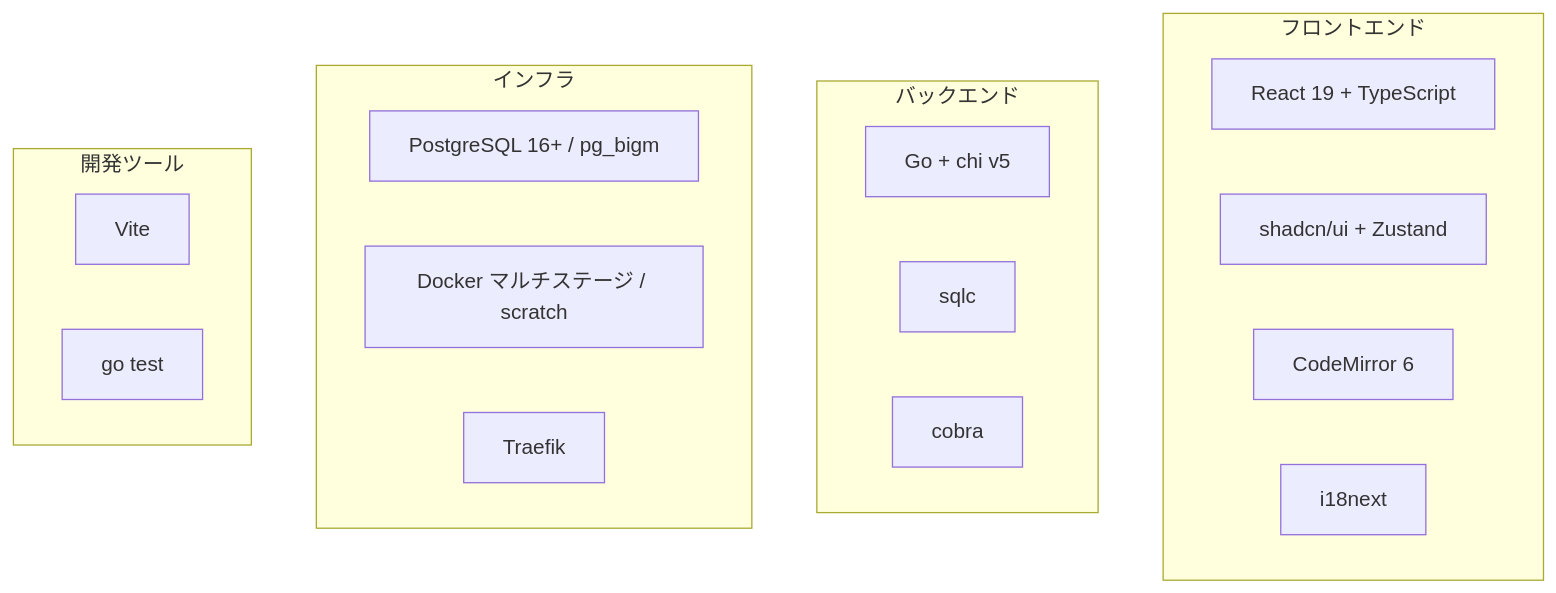
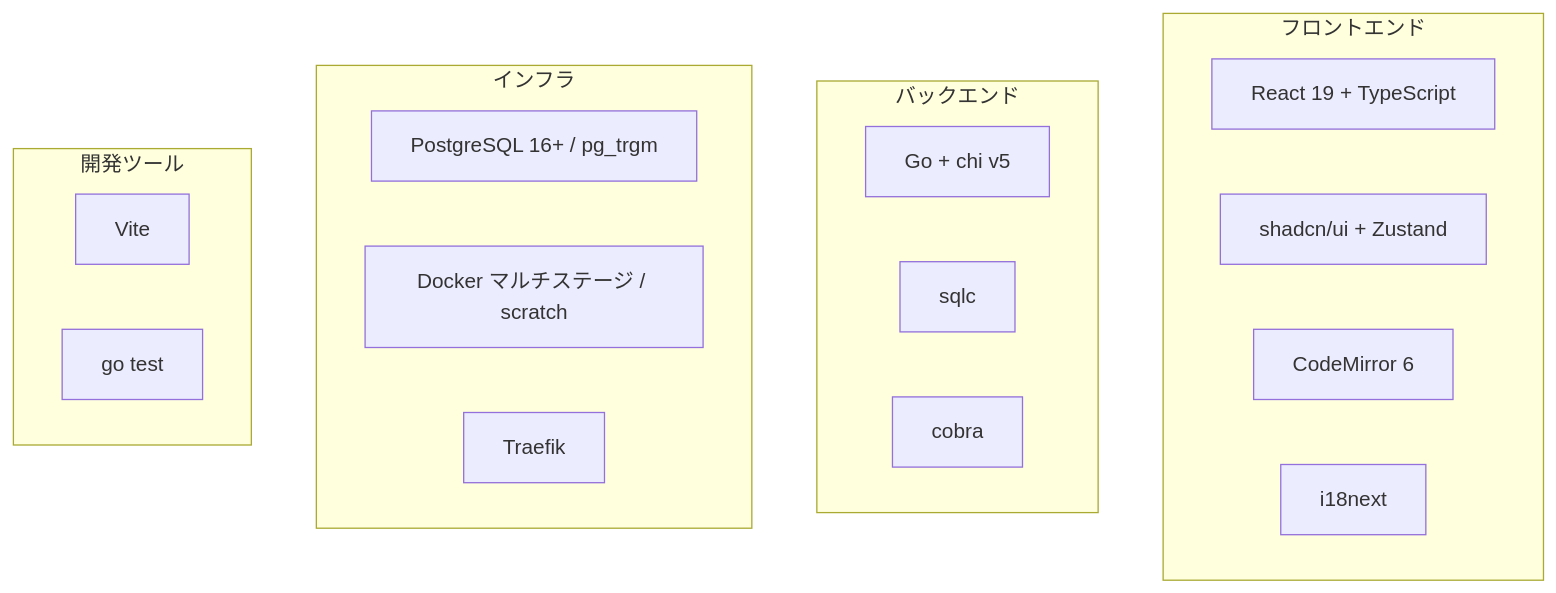
One commit to krtw00/konbu changed the diagram in docs/02-architecture/tech-stack.md. Above: the diagram before and after it, drawn with Mermaid. The commit also changed other lines of this file and 15 other files, not shown here.

First line of the commit message:
feat: replace pg_bigm with pg_trgm for managed DB compatibility

````diff
--- a/docs/02-architecture/tech-stack.md
+++ b/docs/02-architecture/tech-stack.md
@@ -18,26 +18,26 @@
 ```mermaid
 flowchart TB
     subgraph Frontend[フロントエンド]
         F1[React 19 + TypeScript]
         F2[shadcn/ui + Zustand]
         F3[CodeMirror 6]
         F4[i18next]
     end
 
     subgraph Backend[バックエンド]
         B1[Go + chi v5]
         B2[sqlc]
         B3[cobra]
     end
 
     subgraph Infra[インフラ]
-        I1[PostgreSQL 16+ / pg_bigm]
+        I1[PostgreSQL 16+ / pg_trgm]
         I2[Docker マルチステージ / scratch]
         I3[Traefik]
     end
 
     subgraph DevTools[開発ツール]
         D1[Vite]
         D2[go test]
     end
 ```
````
